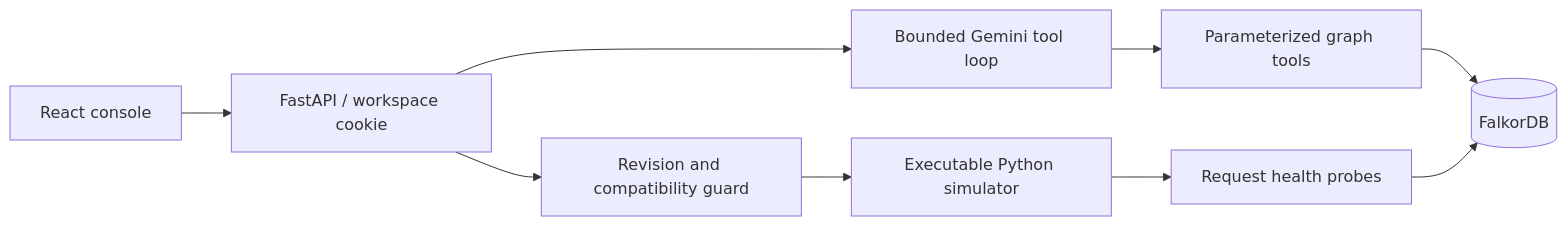
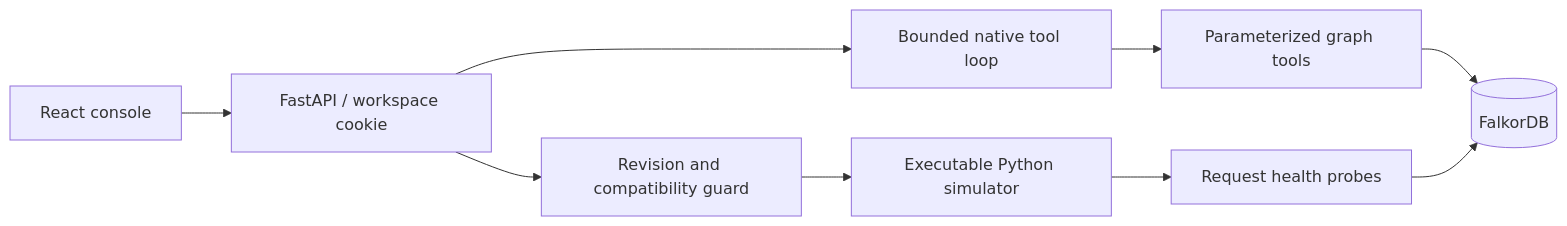
The diagram in README.md (Guruchandar360/ripple-graph-hacks), drawn with Mermaid before and after one commit. The commit also changed other lines of this file and 9 other files, not shown here.

````diff
--- a/README.md
+++ b/README.md
@@ -99,11 +131,11 @@
 ```mermaid
 flowchart LR
   UI[React console] --> API[FastAPI / workspace cookie]
-  API --> Agent[Bounded Gemini tool loop]
+  API --> Agent[Bounded native tool loop]
   Agent --> Tools[Parameterized graph tools]
   Tools --> Graph[(FalkorDB)]
   API --> Guard[Revision and compatibility guard]
   Guard --> Sim[Executable Python simulator]
   Sim --> Probes[Request health probes]
   Probes --> Graph
 ```
````
